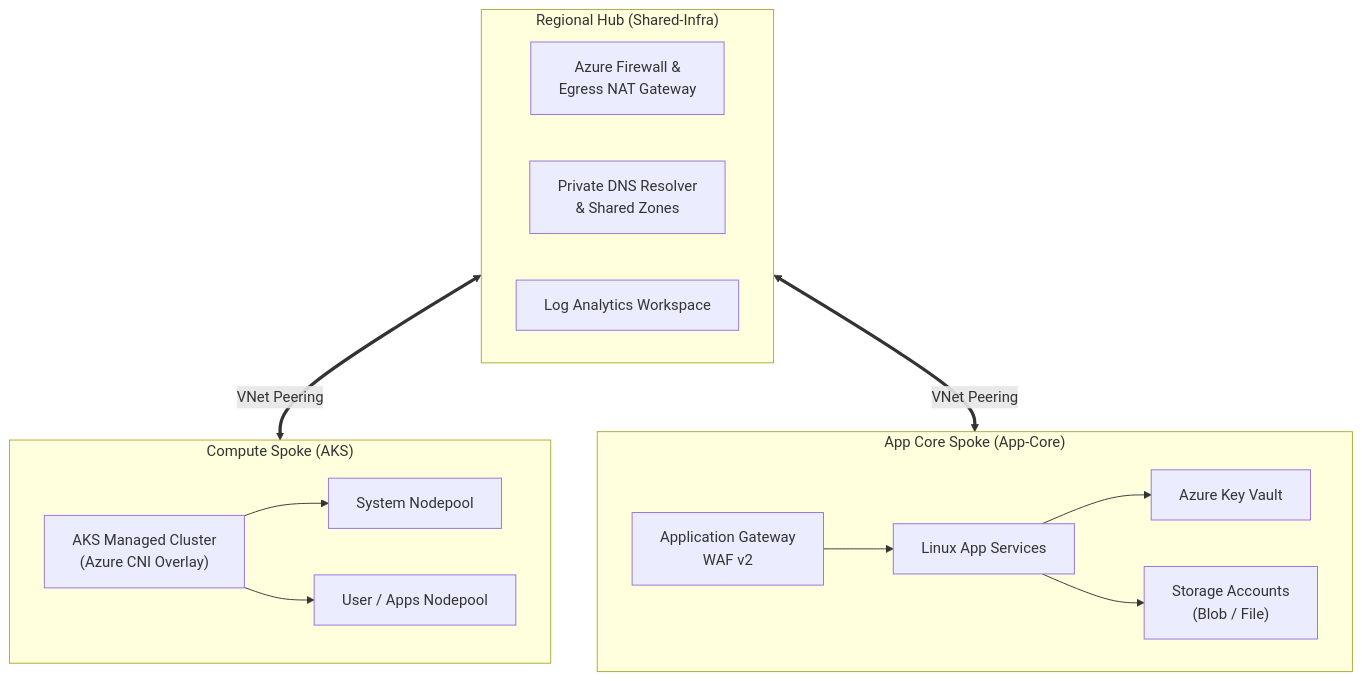
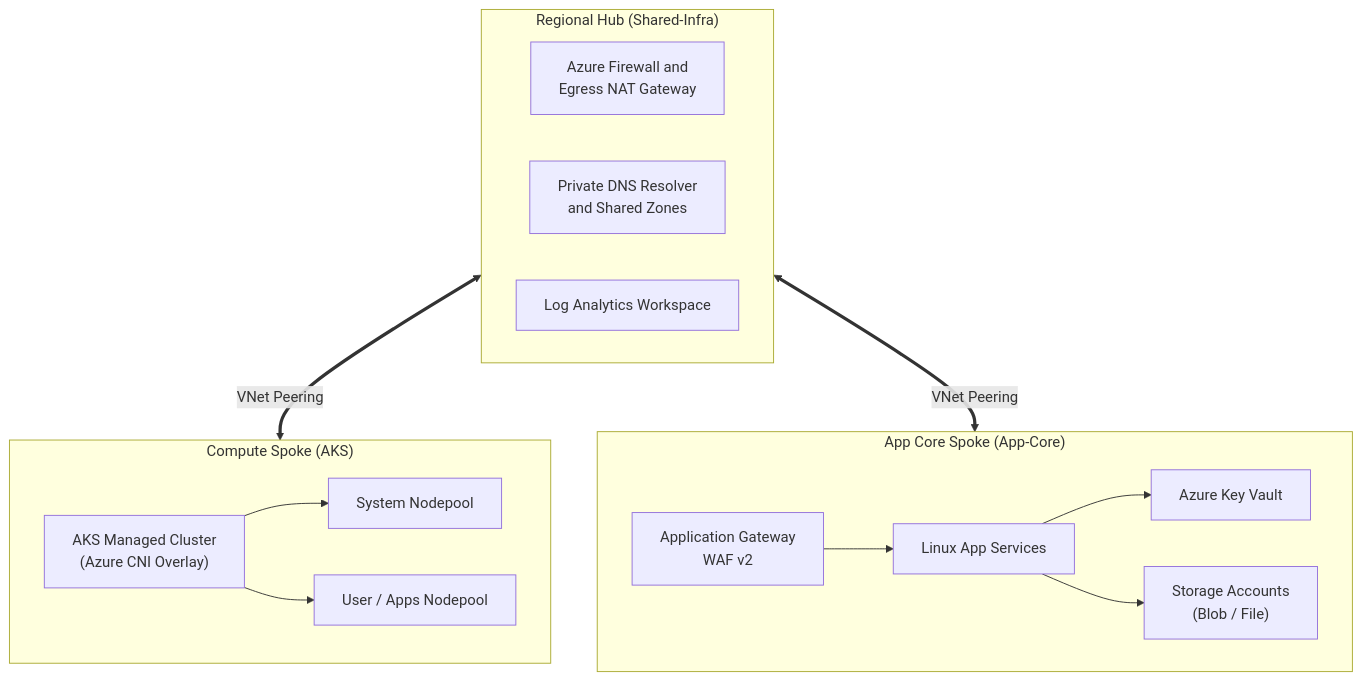
One commit to nubenetes/terraform-azure-devops-agentic changed the first of 2 diagrams in docs/113-ARCHITECTURE_2026_AGENTIC.md. Above: the diagram before and after it, drawn with Mermaid. The commit also changed other lines of this file and 319 other files, not shown here.

````diff
--- a/docs/113-ARCHITECTURE_2026_AGENTIC.md
+++ b/docs/113-ARCHITECTURE_2026_AGENTIC.md
@@ -27,26 +51,26 @@
 ```mermaid
 flowchart TD
     subgraph Regional_Hub ["Regional Hub (Shared-Infra)"]
-        FW["Azure Firewall &<br/>Egress NAT Gateway"]
-        DNS["Private DNS Resolver<br/>& Shared Zones"]
+        FW["Azure Firewall and<br/>Egress NAT Gateway"]
+        DNS["Private DNS Resolver<br/>and Shared Zones"]
         LogW["Log Analytics Workspace"]
     end
     subgraph Spoke_Compute ["Compute Spoke (AKS)"]
         AKS["AKS Managed Cluster<br/>(Azure CNI Overlay)"]
         PoolSystem["System Nodepool"]
         PoolApps["User / Apps Nodepool"]
         AKS --> PoolSystem
         AKS --> PoolApps
     end
     subgraph Spoke_Apps ["App Core Spoke (App-Core)"]
         WAF["Application Gateway<br/>WAF v2"]
         Apps["Linux App Services"]
         Storage["Storage Accounts<br/>(Blob / File)"]
         KV["Azure Key Vault"]
         WAF --> Apps
         Apps --> KV
         Apps --> Storage
     end
     Regional_Hub <==>|VNet Peering| Spoke_Compute
     Regional_Hub <==>|VNet Peering| Spoke_Apps
 ```
````
